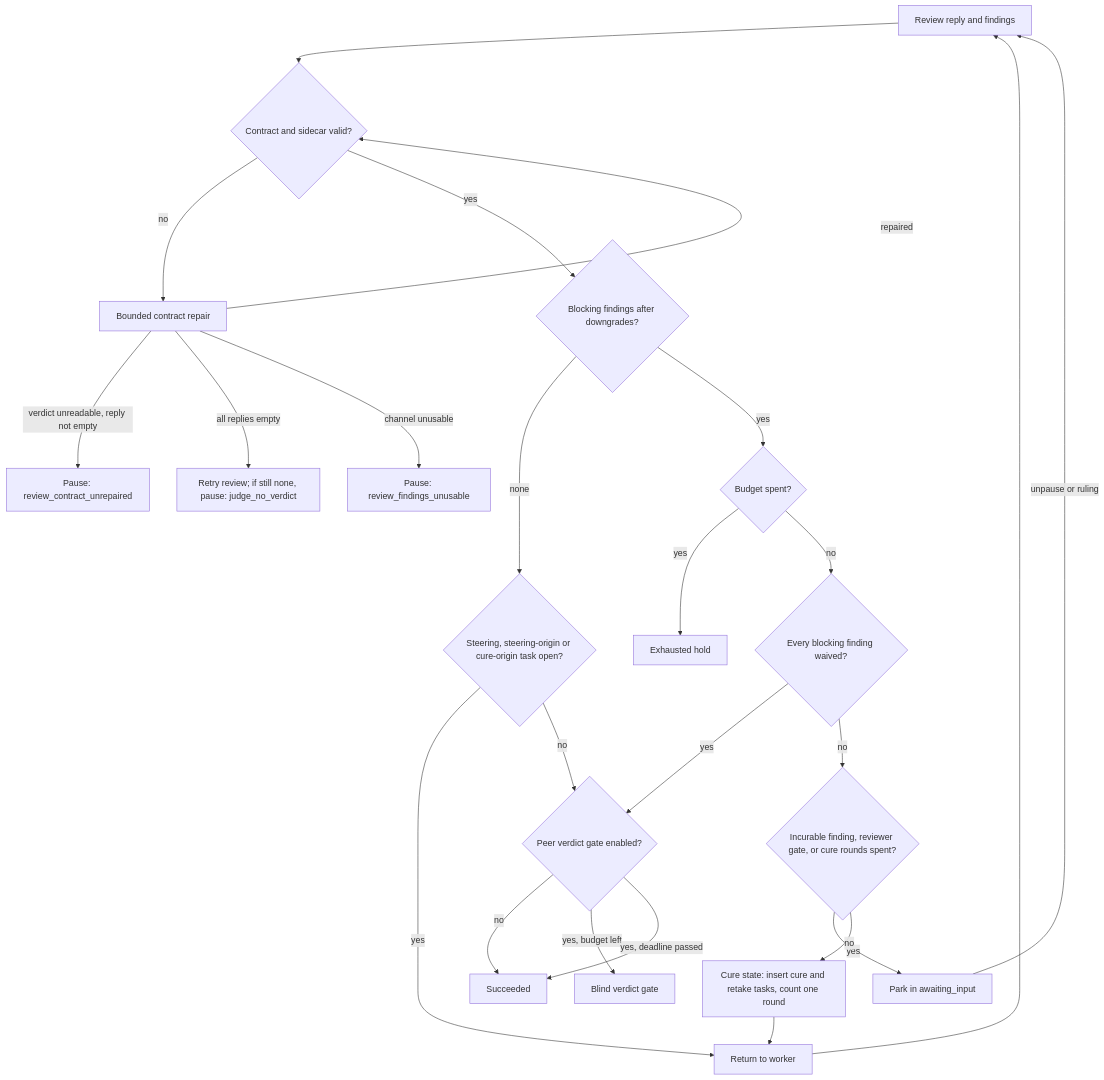
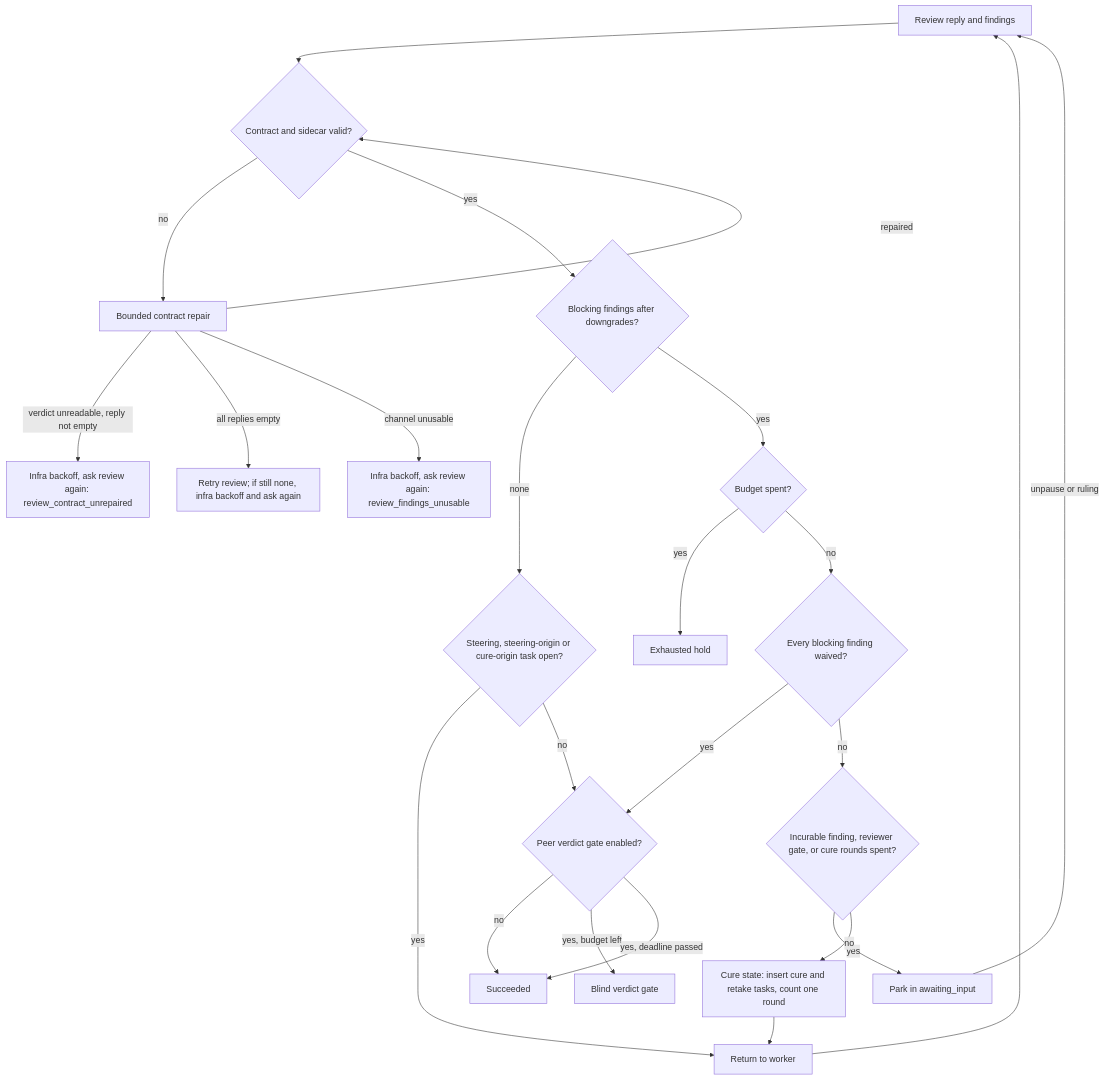
Before and after one commit to n-orlov/ralphd: the fifth of 10 diagrams in docs/solution-tech-spec.md, drawn with Mermaid. The commit also changed other lines of this file and 7 other files, not shown here.

````diff
--- a/docs/solution-tech-spec.md
+++ b/docs/solution-tech-spec.md
@@ -719,26 +728,26 @@
 ```mermaid
 flowchart TD
     Result["Review reply and findings"] --> Ladder{"Contract and sidecar valid?"}
     Ladder -->|no| Repair["Bounded contract repair"]
     Repair -->|repaired| Ladder
-    Repair -->|verdict unreadable, reply not empty| HoldU["Pause: review_contract_unrepaired"]
-    Repair -->|all replies empty| Retry["Retry review; if still none, pause: judge_no_verdict"]
-    Repair -->|channel unusable| HoldF["Pause: review_findings_unusable"]
+    Repair -->|verdict unreadable, reply not empty| HoldU["Infra backoff, ask review again: review_contract_unrepaired"]
+    Repair -->|all replies empty| Retry["Retry review; if still none, infra backoff and ask again"]
+    Repair -->|channel unusable| HoldF["Infra backoff, ask review again: review_findings_unusable"]
     Ladder -->|yes| Blocking{"Blocking findings after downgrades?"}
     Blocking -->|none| Pending{"Steering, steering-origin or cure-origin task open?"}
     Pending -->|yes| Work["Return to worker"]
     Pending -->|no| Gate{"Peer verdict gate enabled?"}
     Gate -->|no| Finish["Succeeded"]
     Gate -->|yes, budget left| Peer["Blind verdict gate"]
     Gate -->|yes, deadline passed| Finish
     Blocking -->|yes| Budget{"Budget spent?"}
     Budget -->|yes| Exhausted["Exhausted hold"]
     Budget -->|no| Waived{"Every blocking finding waived?"}
     Waived -->|yes| Gate
     Waived -->|no| Park{"Incurable finding, reviewer gate, or cure rounds spent?"}
     Park -->|yes| Pause["Park in awaiting_input"]
     Park -->|no| Cure["Cure state: insert cure and retake tasks, count one round"]
     Cure --> Work
     Work --> Result
     Pause -->|unpause or ruling| Result
 ```
````
